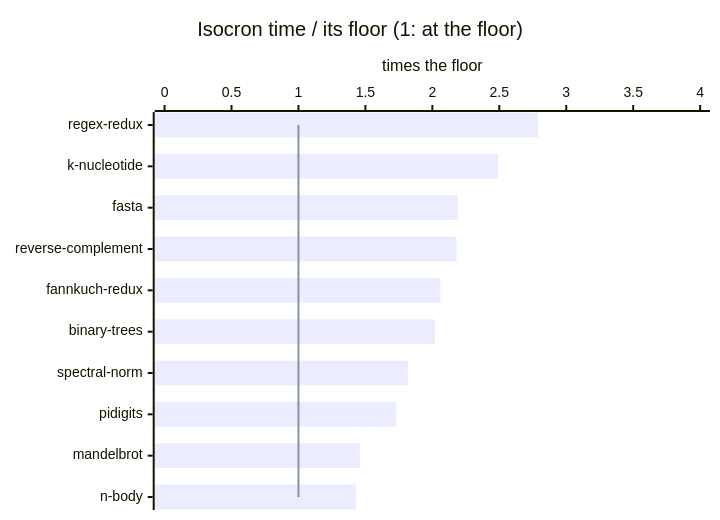
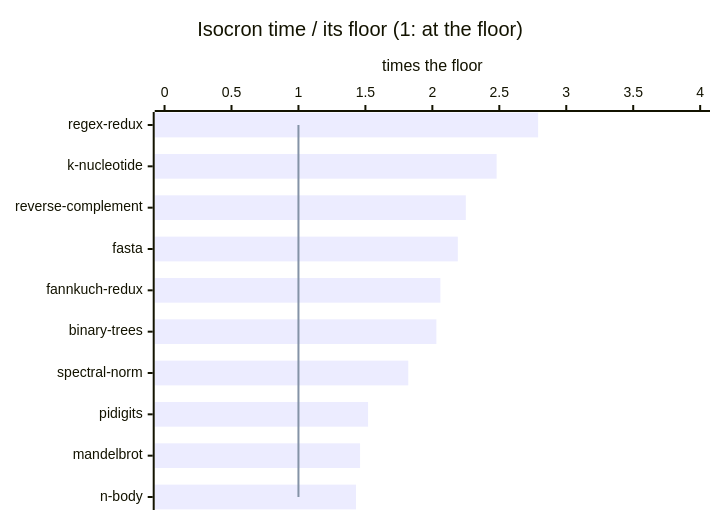
Before and after one commit to jbillard/isocron: the diagram in results/floors.md, drawn with Mermaid. The commit also changed other lines of this file and 6 other files, not shown here.

````diff
--- a/results/floors.md
+++ b/results/floors.md
@@ -36,8 +36,8 @@
 ```mermaid
 xychart-beta horizontal
     title "Isocron time / its floor (1: at the floor)"
-    x-axis ["regex-redux", "k-nucleotide", "fasta", "reverse-complement", "fannkuch-redux", "binary-trees", "spectral-norm", "pidigits", "mandelbrot", "n-body"]
+    x-axis ["regex-redux", "k-nucleotide", "reverse-complement", "fasta", "fannkuch-redux", "binary-trees", "spectral-norm", "pidigits", "mandelbrot", "n-body"]
     y-axis "times the floor" 0 --> 4
-    bar [2.79, 2.49, 2.19, 2.18, 2.06, 2.02, 1.82, 1.73, 1.46, 1.43]
+    bar [2.79, 2.48, 2.25, 2.19, 2.06, 2.03, 1.82, 1.52, 1.46, 1.43]
     line [1.00, 1.00, 1.00, 1.00, 1.00, 1.00, 1.00, 1.00, 1.00, 1.00]
 ```
````
